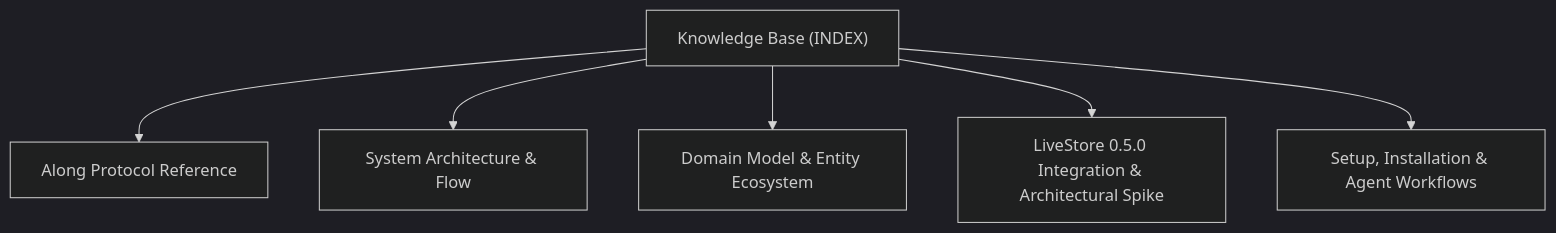
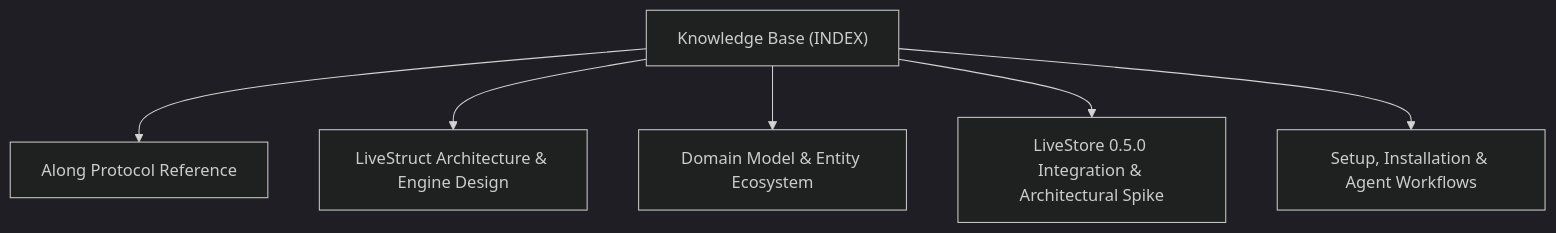
Before and after one commit to actdim/livestruct: the diagram in docs/INDEX.md, drawn with Mermaid (dark theme). The commit also changed other lines of this file and 7 other files, not shown here.

Commit message:
feat: LiveStore-backed engine: OPFS leader worker, built-in schema, compatible API (refs #livestore-engine)

````diff
--- a/docs/INDEX.md
+++ b/docs/INDEX.md
@@ -17,14 +17,14 @@
 ```mermaid
 flowchart TD
     INDEX["Knowledge Base (INDEX)"]
     T_ALONG_PROTOCOL["Along Protocol Reference"]
     INDEX --> T_ALONG_PROTOCOL
-    T_ARCHITECTURE["System Architecture & Flow"]
+    T_ARCHITECTURE["LiveStruct Architecture & Engine Design"]
     INDEX --> T_ARCHITECTURE
     T_DOMAIN_MODEL["Domain Model & Entity Ecosystem"]
     INDEX --> T_DOMAIN_MODEL
     T_LIVESTORE_INTEGRATION["LiveStore 0.5.0 Integration & Architectural Spike"]
     INDEX --> T_LIVESTORE_INTEGRATION
     T_SETUP_AND_WORKFLOW["Setup, Installation & Agent Workflows"]
     INDEX --> T_SETUP_AND_WORKFLOW
 ```
````
